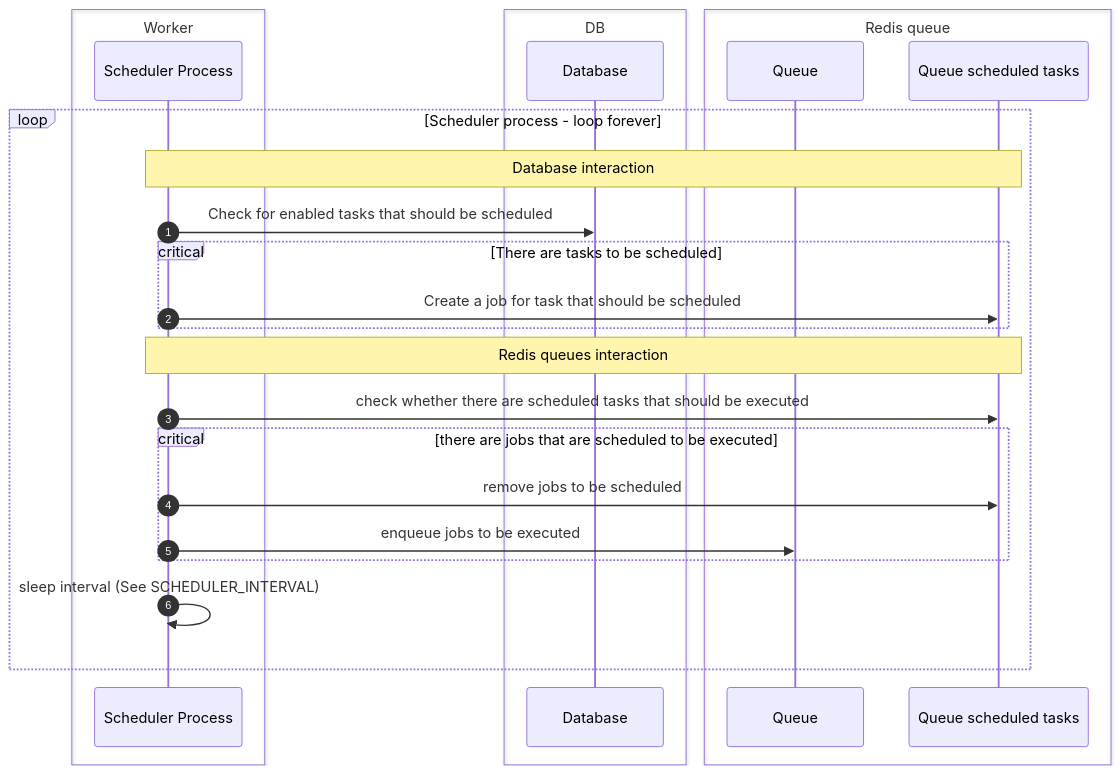
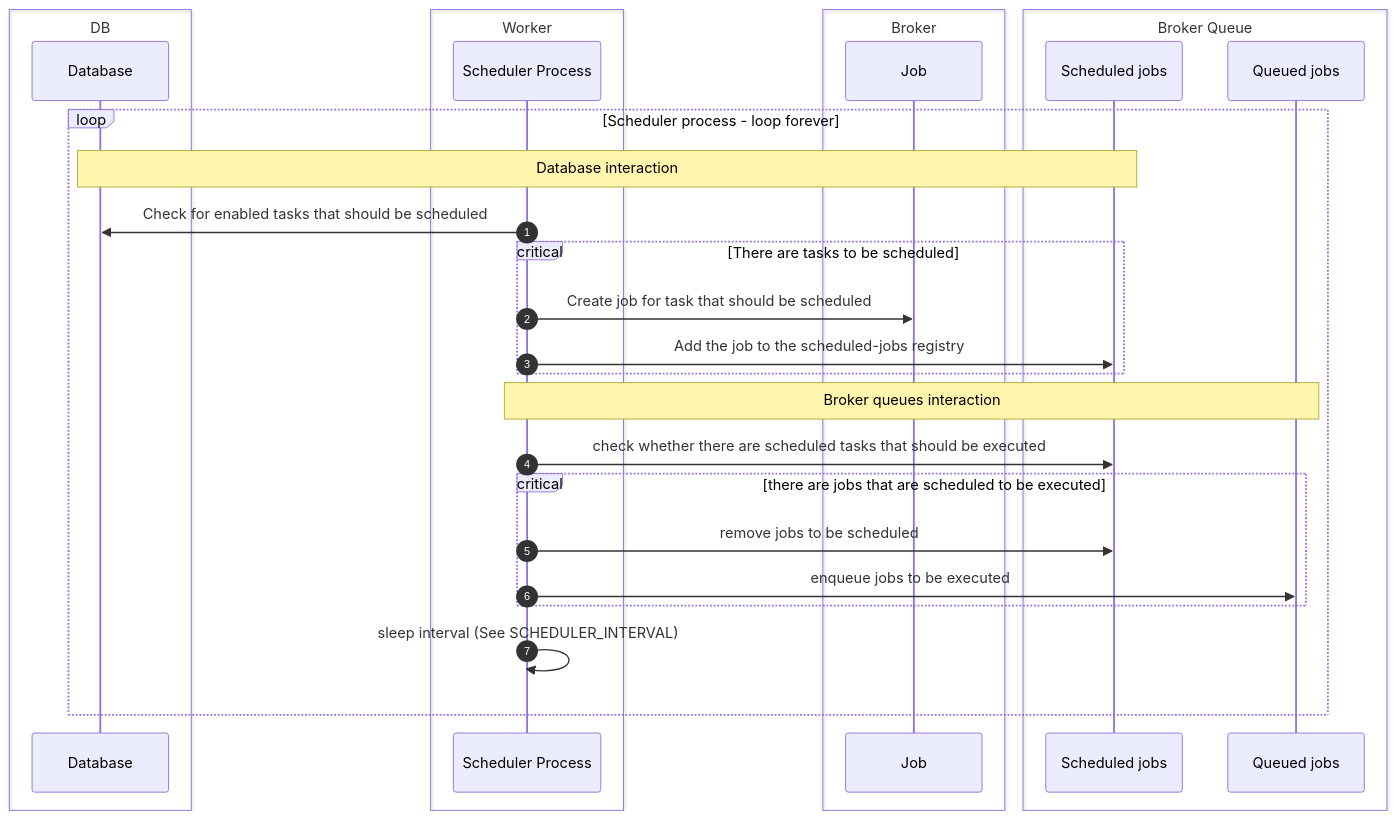
The second of 3 diagrams in docs/index.md (django-commons/django-tasks-scheduler), drawn with Mermaid before and after one commit. The commit also changed other lines of this file and 107 other files, not shown here.

````diff
--- a/docs/index.md
+++ b/docs/index.md
@@ -74,29 +127,32 @@
 ```mermaid
 sequenceDiagram
     autonumber
+    box DB
+        participant db as Database
+    end
     box Worker
         participant scheduler as Scheduler Process
     end
-    box DB
-        participant db as Database
-
+    box Broker
+        participant job as Job
     end
-    box Redis queue
-        participant queue as Queue
-        participant schedule as Queue scheduled tasks
+    box Broker Queue
+        participant schedule as Scheduled jobs
+        participant queue as Queued jobs
     end
     loop Scheduler process - loop forever
-        note over scheduler, schedule: Database interaction
+        note over db, schedule: Database interaction
         scheduler ->> db: Check for enabled tasks that should be scheduled
         critical There are tasks to be scheduled
-            scheduler ->> schedule: Create a job for task that should be scheduled
+            scheduler ->> job: Create job for task that should be scheduled
+            scheduler ->> schedule: Add the job to the scheduled-jobs registry
         end
-        note over scheduler, schedule: Redis queues interaction
+        note over scheduler, queue: Broker queues interaction
         scheduler ->> schedule: check whether there are scheduled tasks that should be executed
         critical there are jobs that are scheduled to be executed
             scheduler ->> schedule: remove jobs to be scheduled
             scheduler ->> queue: enqueue jobs to be executed
         end
         scheduler ->> scheduler: sleep interval (See SCHEDULER_INTERVAL)
     end
 ```
````
